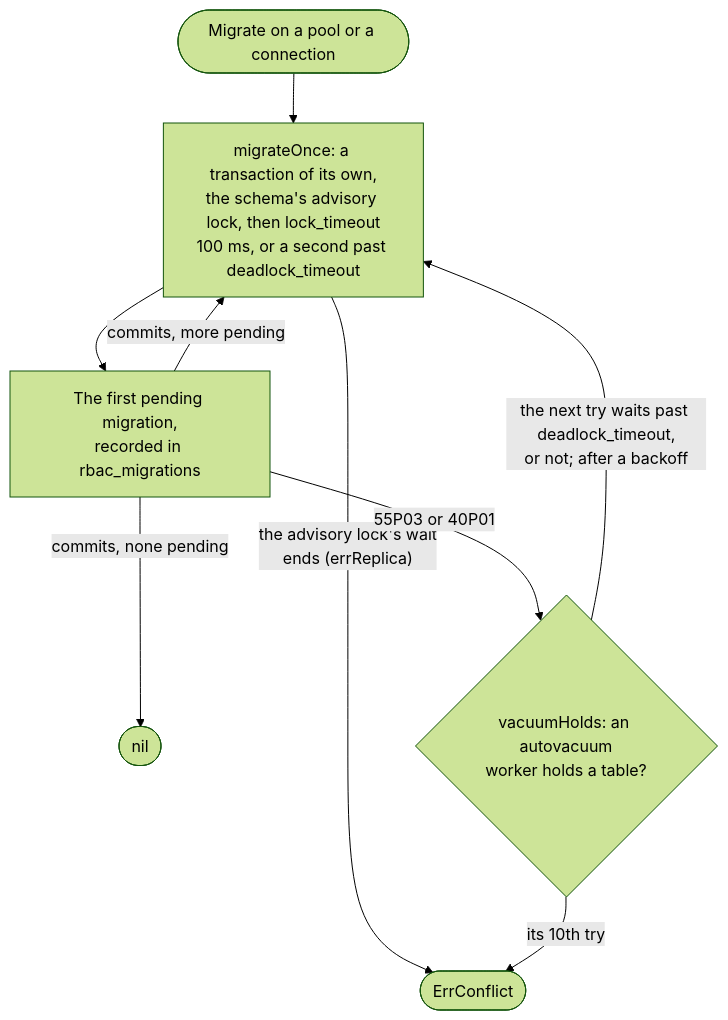
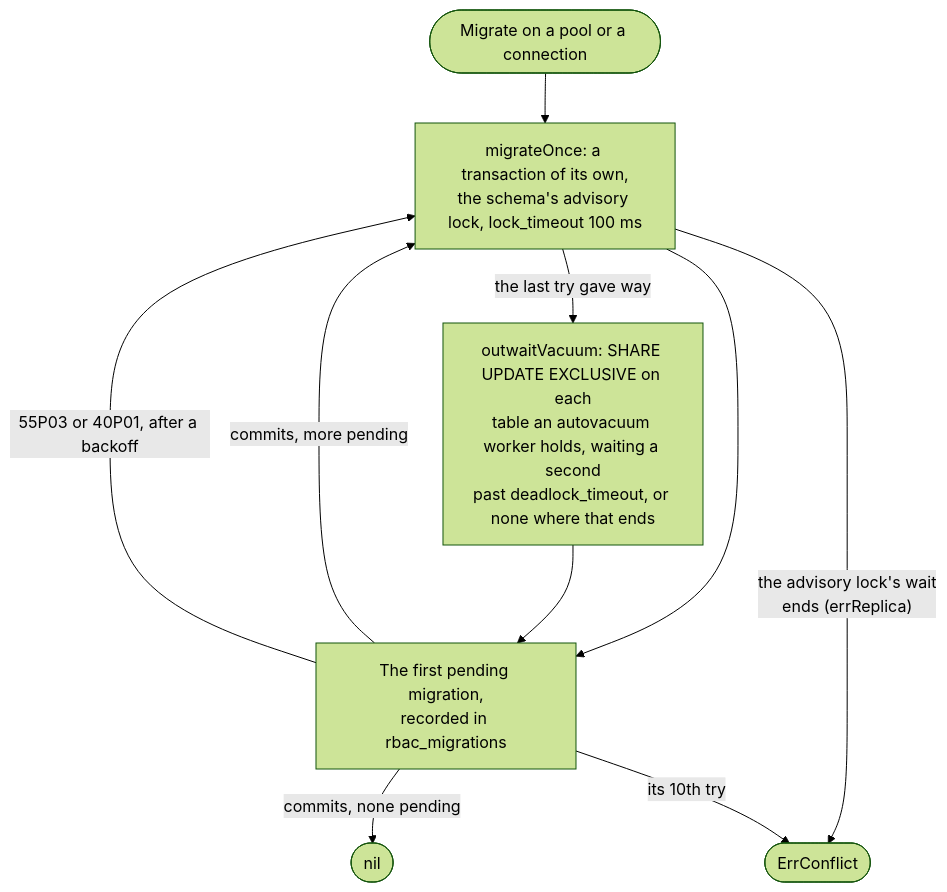
Before and after one commit to parallelworks/rbac: diagram 12 of 14 in docs/architecture.md, drawn with Mermaid (forest theme). The commit also changed other lines of this file and 3 other files, not shown here.

````diff
--- a/docs/architecture.md
+++ b/docs/architecture.md
@@ -641,11 +646,12 @@
 ```mermaid
 flowchart TB
-    start(["Migrate on a pool or a connection"]) --> tx["migrateOnce: a transaction of its own,<br/>the schema's advisory lock, then lock_timeout<br/>100 ms, or a second past deadlock_timeout"]
+    start(["Migrate on a pool or a connection"]) --> tx["migrateOnce: a transaction of its own,<br/>the schema's advisory lock, lock_timeout 100 ms"]
+    tx -->|"the last try gave way"| vac["outwaitVacuum: SHARE UPDATE EXCLUSIVE on each<br/>table an autovacuum worker holds, waiting a second<br/>past deadlock_timeout, or none where that ends"]
     tx --> one["The first pending migration,<br/>recorded in rbac_migrations"]
+    vac --> one
     one -->|"commits, more pending"| tx
     one -->|"commits, none pending"| done(["nil"])
     tx -->|"the advisory lock's wait<br/>ends (errReplica)"| conflict(["ErrConflict"])
-    one -->|"55P03 or 40P01"| vac{"vacuumHolds: an autovacuum<br/>worker holds a table?"}
-    vac -->|"the next try waits past deadlock_timeout,<br/>or not; after a backoff"| tx
-    vac -->|"its 10th try"| conflict
+    one -->|"55P03 or 40P01, after a backoff"| tx
+    one -->|"its 10th try"| conflict
 ```
````
